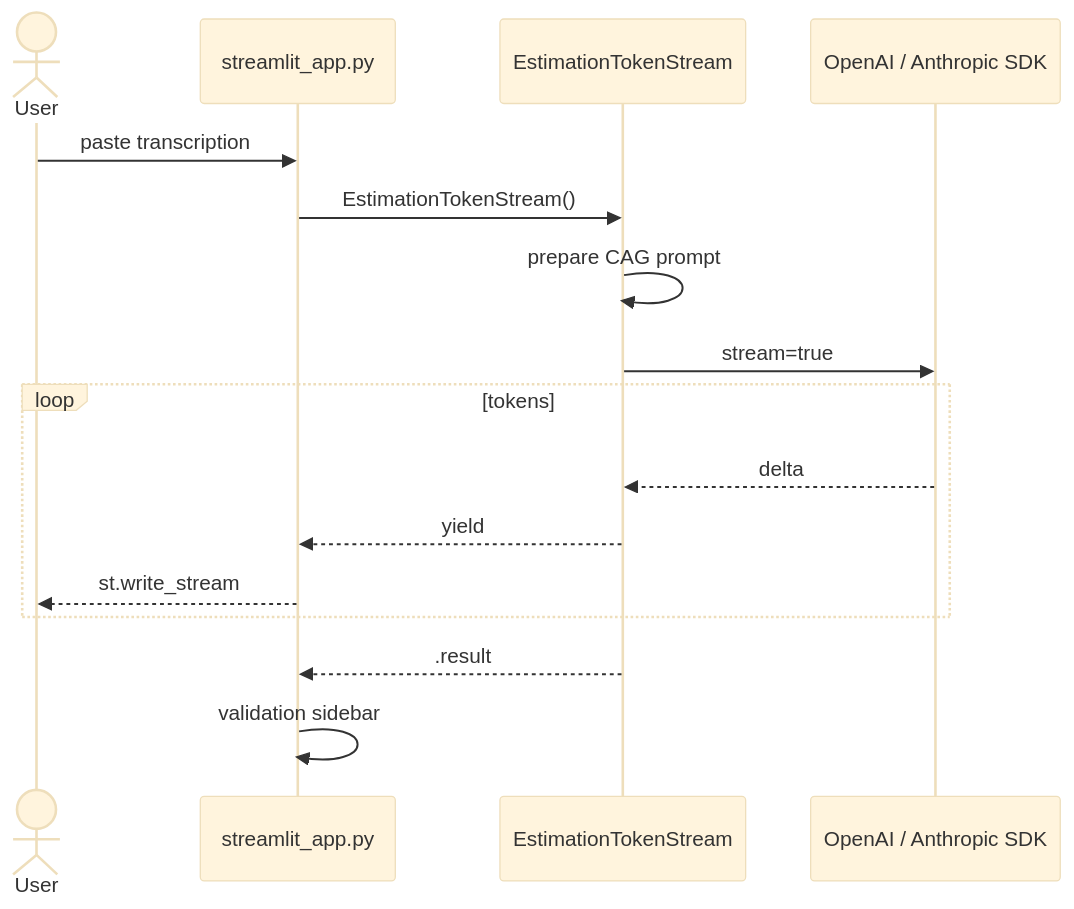
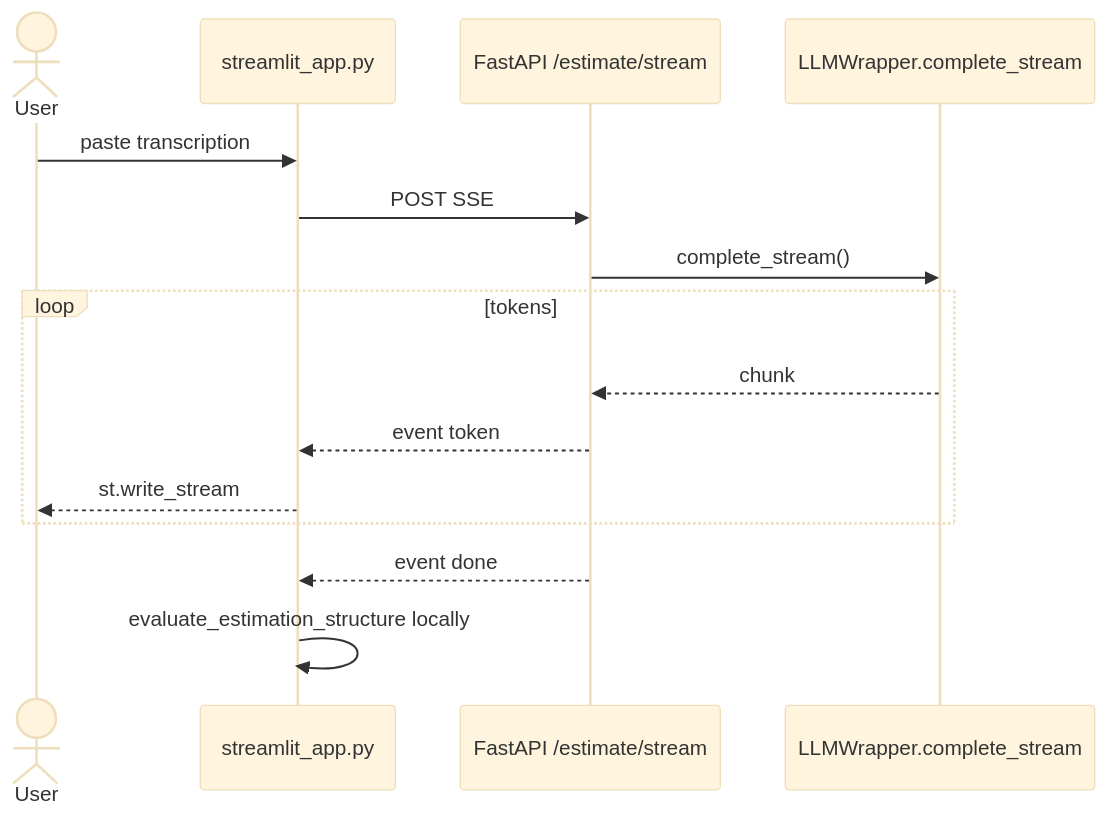
Before and after one commit to morales4dev/ai-engineering: the second of 2 diagrams in session2/estimador-cag/README.md, drawn with Mermaid (base theme). The commit also changed other lines of this file and 3 other files, not shown here.

Commit message:
Streamlit as HTTP/SSE API client (session_3_port)

````diff
--- a/session2/estimador-cag/README.md
+++ b/session2/estimador-cag/README.md
@@ -105,19 +107,18 @@
 ```mermaid
 sequenceDiagram
     actor User
     participant UI as streamlit_app.py
-    participant S as EstimationTokenStream
-    participant SDK as OpenAI / Anthropic SDK
+    participant API as FastAPI /estimate/stream
+    participant W as LLMWrapper.complete_stream
 
     User->>UI: paste transcription
-    UI->>S: EstimationTokenStream()
-    S->>S: prepare CAG prompt
-    S->>SDK: stream=true
+    UI->>API: POST SSE
+    API->>W: complete_stream()
     loop tokens
-        SDK-->>S: delta
-        S-->>UI: yield
+        W-->>API: chunk
+        API-->>UI: event token
         UI-->>User: st.write_stream
     end
-    S-->>UI: .result
-    UI->>UI: validation sidebar
+    API-->>UI: event done
+    UI->>UI: evaluate_estimation_structure locally
 ```
````
